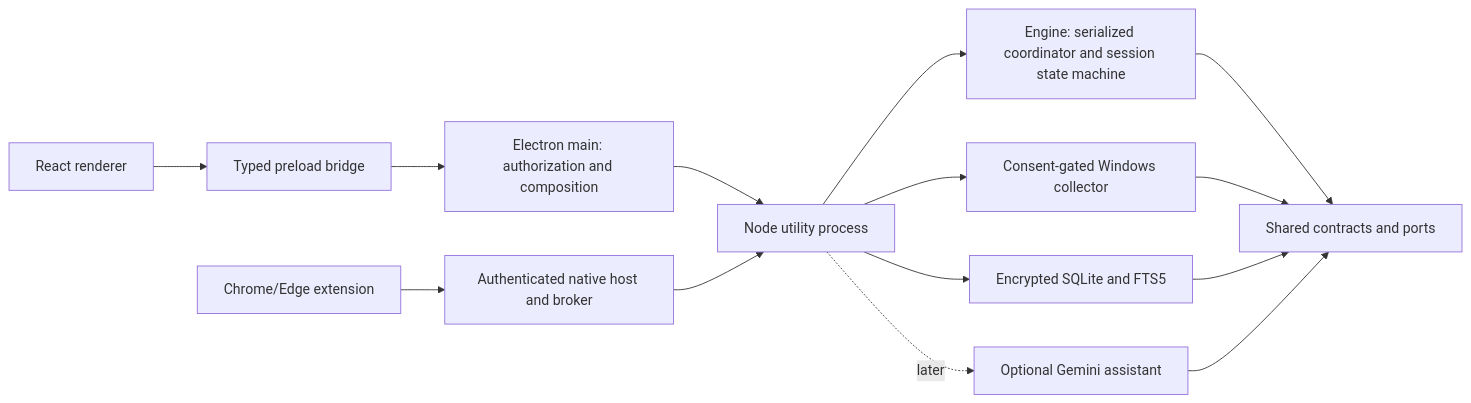
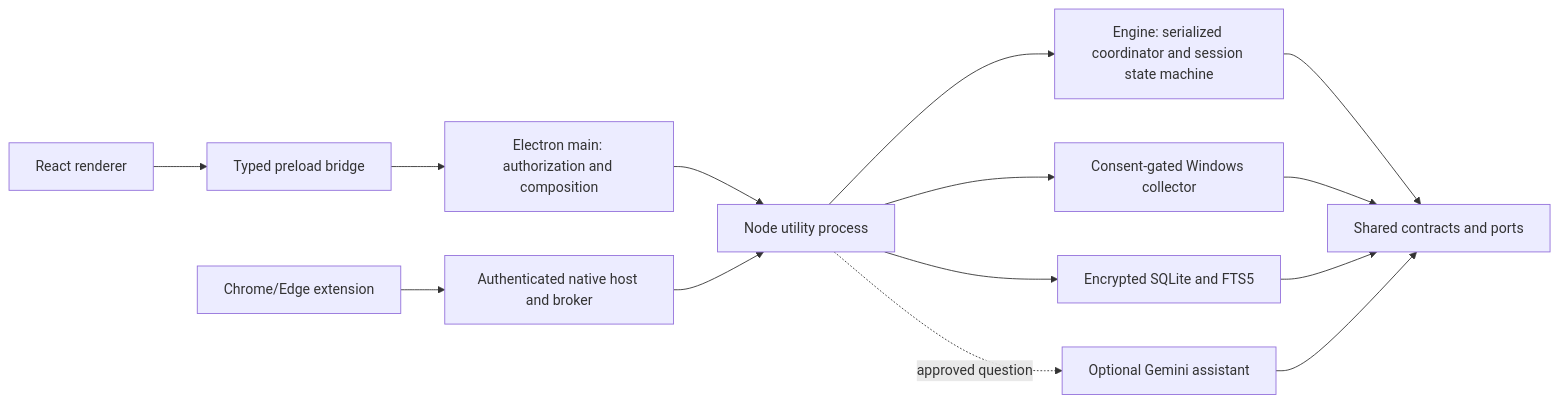
The first of 3 diagrams in docs/architecture.md (abdu3061/Rewind), drawn with Mermaid before and after one commit. The commit also changed other lines of this file and 40 other files, not shown here.

Commit message:
feat(assistant): add reviewed Gemini questions to Settings and Search

````diff
--- a/docs/architecture.md
+++ b/docs/architecture.md
@@ -29,16 +31,16 @@
 ```mermaid
 flowchart LR
   R[React renderer] --> P[Typed preload bridge]
   P --> M[Electron main: authorization and composition]
   M --> U[Node utility process]
   U --> E[Engine: serialized coordinator and session state machine]
   U --> C[Consent-gated Windows collector]
   U --> S[Encrypted SQLite and FTS5]
-  U -. later .-> A[Optional Gemini assistant]
+  U -. approved question .-> A[Optional Gemini assistant]
   E --> K[Shared contracts and ports]
   C --> K
   S --> K
   A --> K
   B[Chrome/Edge extension] --> H[Authenticated native host and broker]
   H --> U
 ```
````
